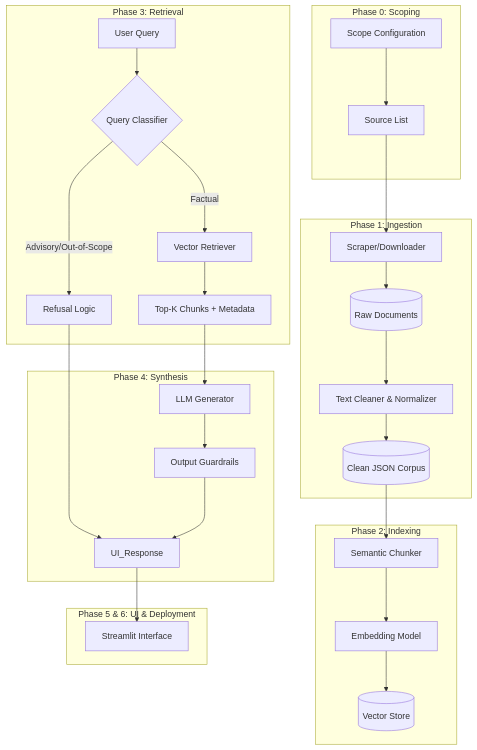
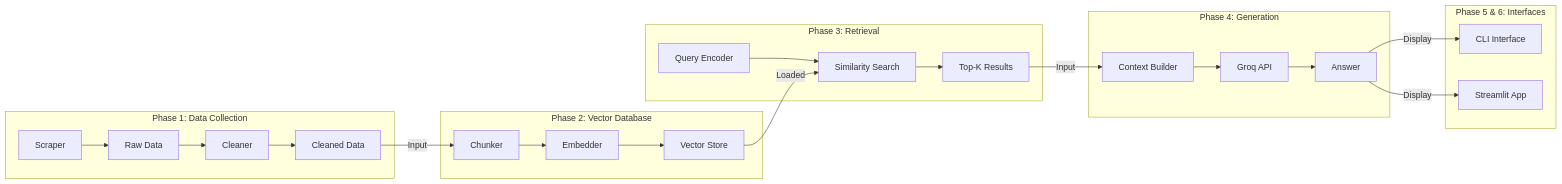
The second of 3 diagrams in architecture_design.md (Sruthiyevee/Streamlit-RAG-based-Mutual-Fund-FAQ-Chatbot), drawn with Mermaid before and after one commit. The commit also changed other lines of this file, not shown here.

First line of the commit message:
docs: Consolidate all documentation into comprehensive architecture file

````diff
--- a/architecture_design.md
+++ b/architecture_design.md
@@ -12,37 +73,34 @@
 ```mermaid
-graph TD
-    subgraph "Phase 0: Scoping"
-        Config[Scope Configuration] --> Sources[Source List]
+graph LR
+    subgraph "Phase 1: Data Collection"
+        P1A[Scraper] --> P1B[Raw Data]
+        P1B --> P1C[Cleaner]
+        P1C --> P1D[Cleaned Data]
     end
-
-    subgraph "Phase 1: Ingestion"
-        Sources --> Scraper[Scraper/Downloader]
-        Scraper --> RawDocs[(Raw Documents)]
-        RawDocs --> Cleaner[Text Cleaner & Normalizer]
-        Cleaner --> CleanJSON[(Clean JSON Corpus)]
+    
+    subgraph "Phase 2: Vector Database"
+        P2A[Chunker] --> P2B[Embedder]
+        P2B --> P2C[Vector Store]
     end
-
-    subgraph "Phase 2: Indexing"
-        CleanJSON --> Chunker[Semantic Chunker]
-        Chunker --> Embedder[Embedding Model]
-        Embedder --> VectorDB[(Vector Store)]
+    
+    subgraph "Phase 3: Retrieval"
+        P3A[Query Encoder] --> P3B[Similarity Search]
+        P3B --> P3C[Top-K Results]
     end
-
-    subgraph "Phase 3: Retrieval"
-        UserQuery[User Query] --> Classifier{Query Classifier}
-        Classifier -- Advisory/Out-of-Scope --> SafetyRefusal[Refusal Logic]
-        Classifier -- Factual --> Retriever[Vector Retriever]
-        Retriever --> TopKChunks[Top-K Chunks + Metadata]
+    
+    subgraph "Phase 4: Generation"
+        P4A[Context Builder] --> P4B[Groq API]
+        P4B --> P4C[Answer]
     end
-
-    subgraph "Phase 4: Synthesis"
-        TopKChunks --> LLM[LLM Generator]
-        SafetyRefusal --> UI_Response
-        LLM --> Guardrails[Output Guardrails]
-        Guardrails --> UI_Response
+    
+    subgraph "Phase 5 & 6: Interfaces"
+        P5A[CLI Interface]
+        P5B[Streamlit App]
     end
-
-    subgraph "Phase 5 & 6: UI & Deployment"
-        UI_Response --> StreamlitUI[Streamlit Interface]
-    end
+    
+    P1D -->|Input| P2A
+    P2C -->|Loaded| P3B
+    P3C -->|Input| P4A
+    P4C -->|Display| P5A
+    P4C -->|Display| P5B
 ```
````
